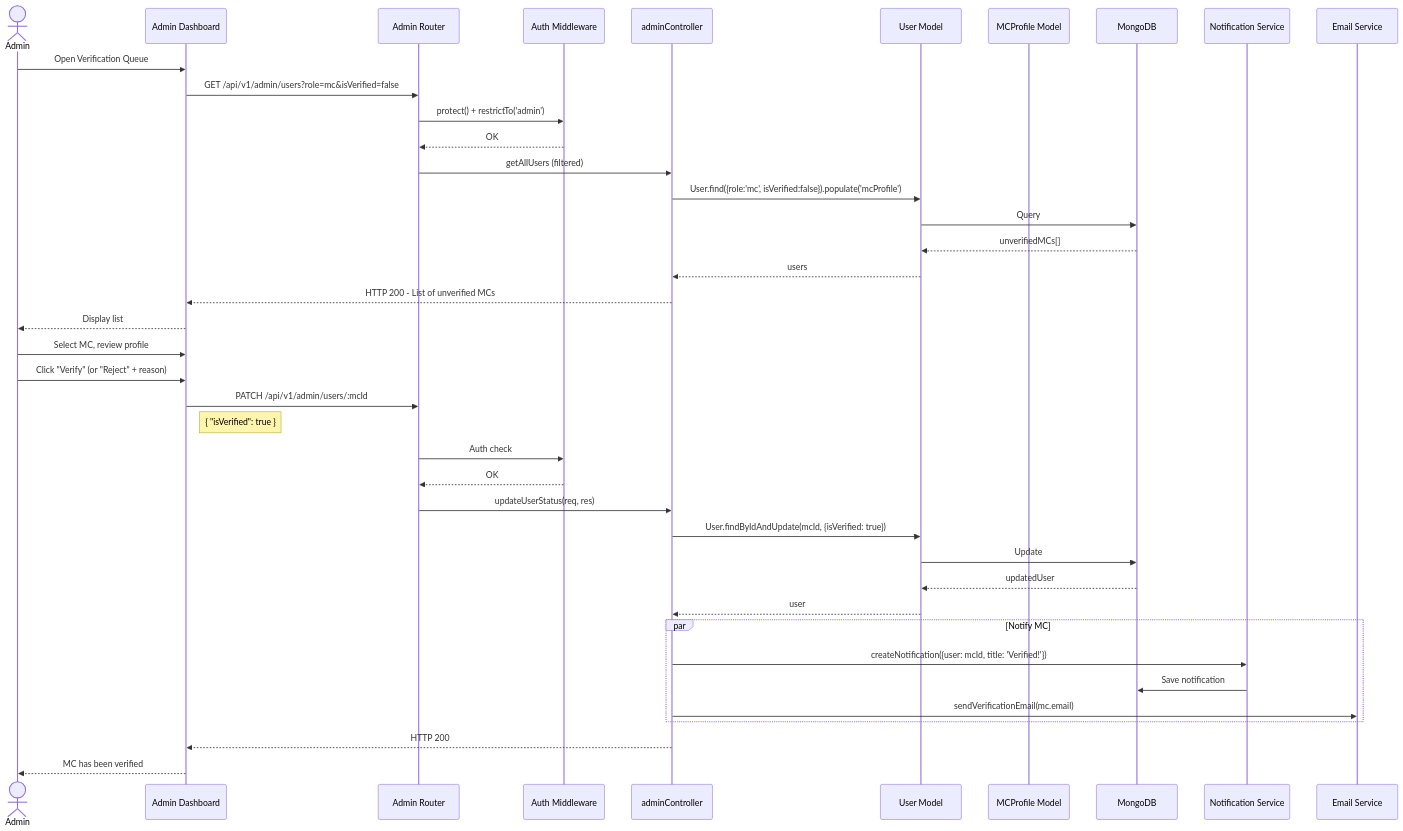
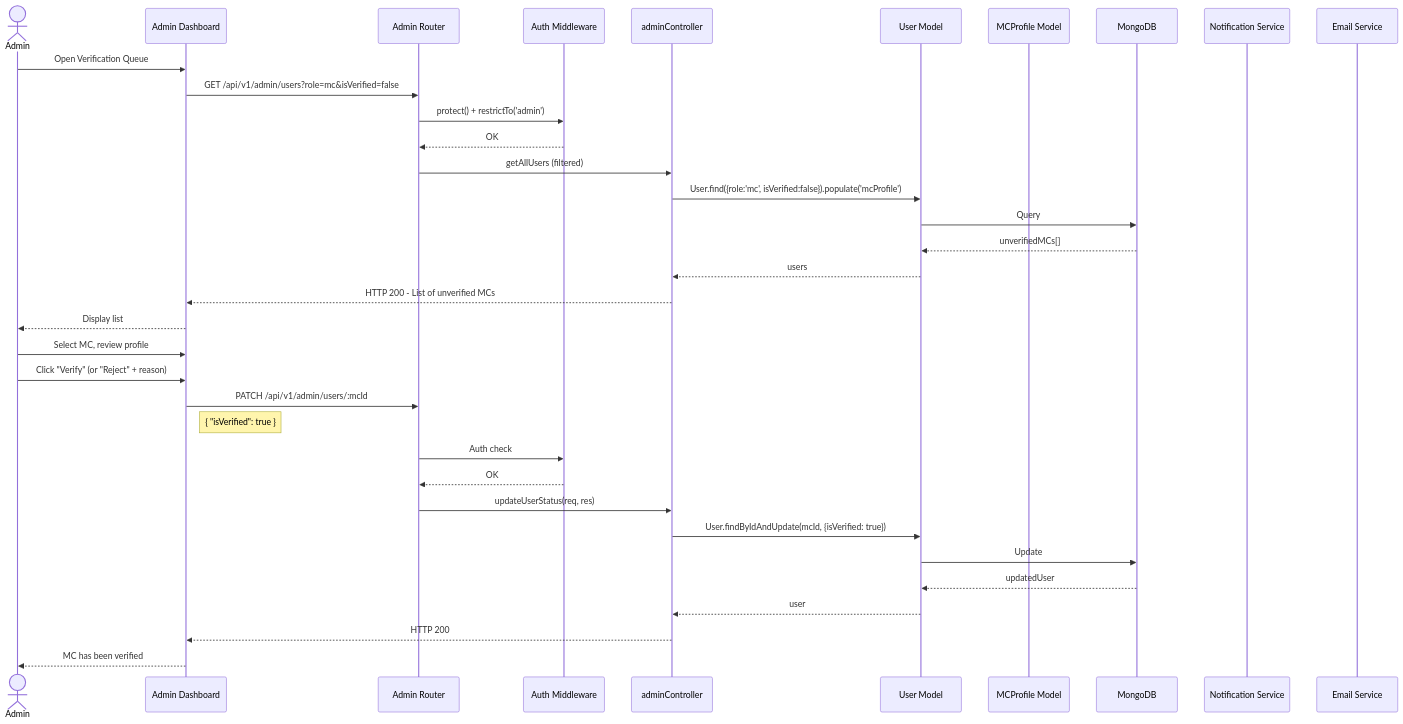
Diagram 37 of 51 in UC_Diagrams_EN.md (dat-21/SWD392), drawn with Mermaid before and after one commit. The commit also changed other lines of this file and 1 other file, not shown here.

Commit message:
docs: Refine UC diagrams and flows for media upload, schedule, and availability management, removing complex backend checks and notification dispatches.

````diff
--- a/UC_Diagrams_EN.md
+++ b/UC_Diagrams_EN.md
@@ -1415,46 +1403,40 @@
 ```mermaid
 sequenceDiagram
     actor Admin
     participant FE as Admin Dashboard
     participant Router as Admin Router
     participant MW as Auth Middleware
     participant Ctrl as adminController
     participant UserModel as User Model
     participant McModel as MCProfile Model
     participant DB as MongoDB
     participant Notif as Notification Service
     participant Email as Email Service
 
     Admin->>FE: Open Verification Queue
     FE->>Router: GET /api/v1/admin/users?role=mc&isVerified=false
     Router->>MW: protect() + restrictTo('admin')
     MW-->>Router: OK
     Router->>Ctrl: getAllUsers (filtered)
     Ctrl->>UserModel: User.find({role:'mc', isVerified:false}).populate('mcProfile')
     UserModel->>DB: Query
     DB-->>UserModel: unverifiedMCs[]
     UserModel-->>Ctrl: users
     Ctrl-->>FE: HTTP 200 - List of unverified MCs
     FE-->>Admin: Display list
 
     Admin->>FE: Select MC, review profile
     Admin->>FE: Click "Verify" (or "Reject" + reason)
     FE->>Router: PATCH /api/v1/admin/users/:mcId
     Note right of FE: { "isVerified": true }
     Router->>MW: Auth check
     MW-->>Router: OK
     Router->>Ctrl: updateUserStatus(req, res)
     Ctrl->>UserModel: User.findByIdAndUpdate(mcId, {isVerified: true})
     UserModel->>DB: Update
     DB-->>UserModel: updatedUser
     UserModel-->>Ctrl: user
 
-    par Notify MC
-        Ctrl->>Notif: createNotification({user: mcId, title: 'Verified!'})
-        Notif->>DB: Save notification
-        Ctrl->>Email: sendVerificationEmail(mc.email)
-    end
-
     Ctrl-->>FE: HTTP 200
     FE-->>Admin: MC has been verified
 ```
````
